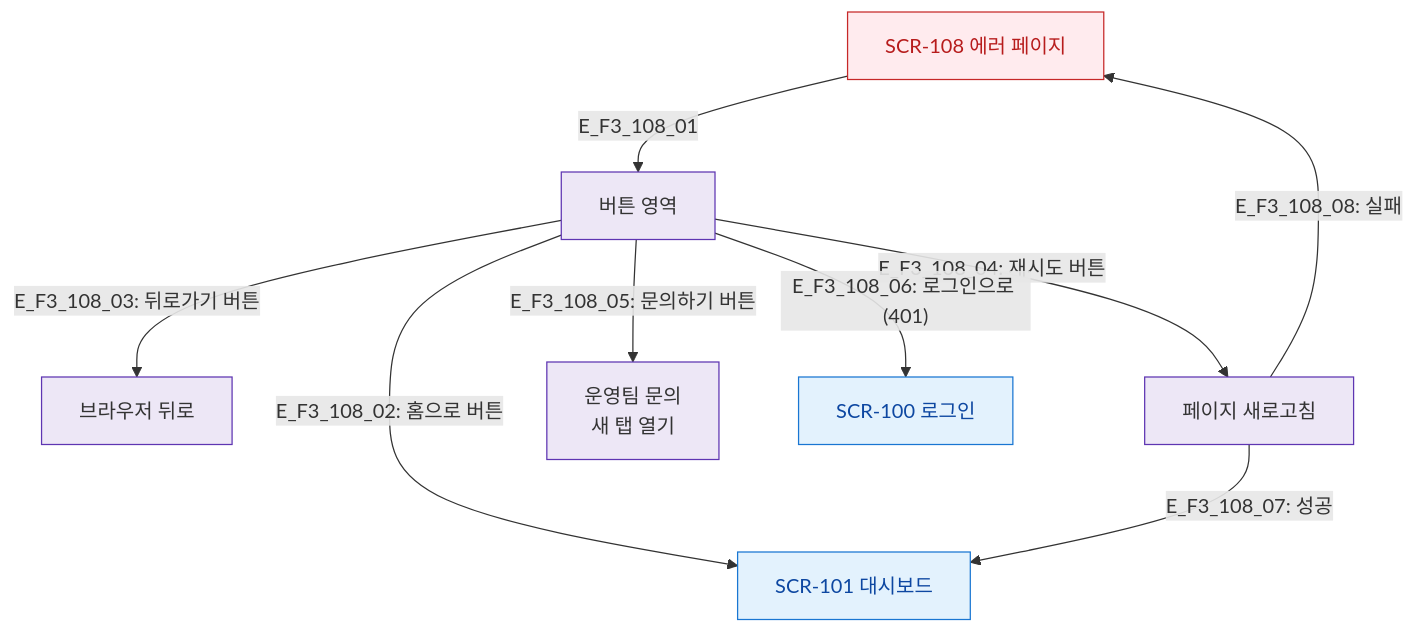
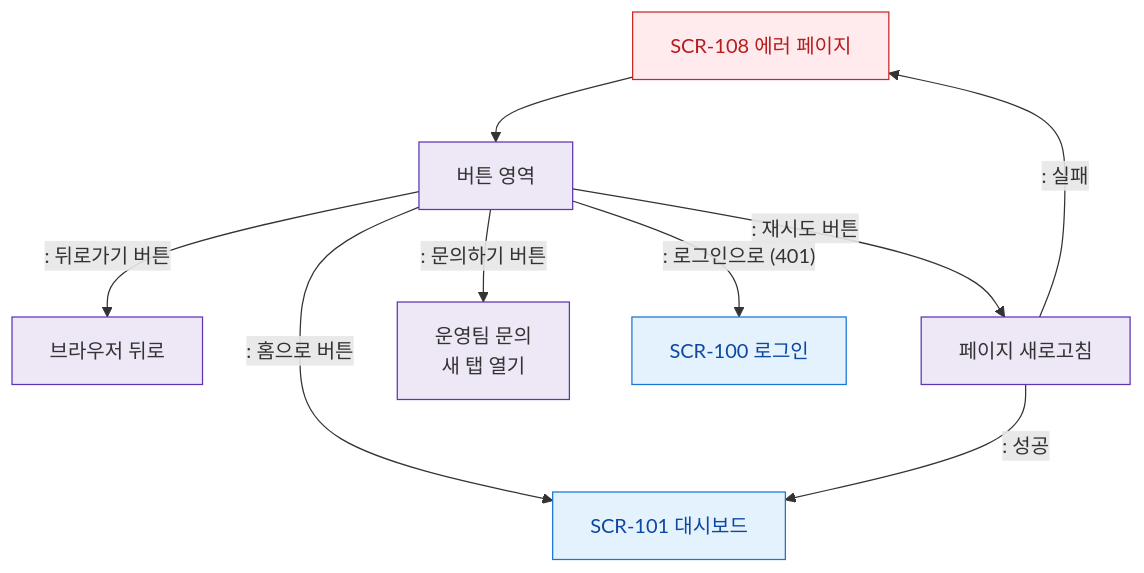
The diagram in docs/다이어그램/D01_공통/SCR-108_에러페이지/F3_버튼액션.md (dev-spogym/admin-pando), drawn with Mermaid before and after one commit. The commit also changed other lines of this file and 1660 other files, not shown here.

First line of the commit message:
다이어그램: 기획자/클라이언트 납품본으로 정리

````diff
--- a/docs/다이어그램/D01_공통/SCR-108_에러페이지/F3_버튼액션.md
+++ b/docs/다이어그램/D01_공통/SCR-108_에러페이지/F3_버튼액션.md
@@ -19,20 +17,20 @@
 ```mermaid
 flowchart TD
-    SCR_108[SCR-108 에러 페이지] -->|E_F3_108_01| BUTTONS[버튼 영역]
+    SCR_108[SCR-108 에러 페이지] --> BUTTONS[버튼 영역]
 
-    BUTTONS -->|"E_F3_108_02: 홈으로 버튼"| NAV_HOME[SCR-101 대시보드]
-    BUTTONS -->|"E_F3_108_03: 뒤로가기 버튼"| NAV_BACK[브라우저 뒤로]
-    BUTTONS -->|"E_F3_108_04: 재시도 버튼"| RETRY[페이지 새로고침]
-    BUTTONS -->|"E_F3_108_05: 문의하기 버튼"| SUPPORT[운영팀 문의\n새 탭 열기]
-    BUTTONS -->|"E_F3_108_06: 로그인으로 (401)"| SCR_100[SCR-100 로그인]
+    BUTTONS -->|": 홈으로 버튼"|NAV_HOME[SCR-101 대시보드]
+    BUTTONS -->|": 뒤로가기 버튼"|NAV_BACK[브라우저 뒤로]
+    BUTTONS -->|": 재시도 버튼"|RETRY[페이지 새로고침]
+    BUTTONS -->|": 문의하기 버튼"|SUPPORT[운영팀 문의\n새 탭 열기]
+    BUTTONS -->|": 로그인으로 (401)"|SCR_100[SCR-100 로그인]
 
-    RETRY -->|"E_F3_108_07: 성공"| NAV_HOME
-    RETRY -->|"E_F3_108_08: 실패"| SCR_108
+    RETRY -->|": 성공"|NAV_HOME
+    RETRY -->|": 실패"|SCR_108
 
-    classDef screen  fill:#E3F2FD,stroke:#1976D2,color:#0D47A1
-    classDef system  fill:#EDE7F6,stroke:#5E35B2
-    classDef error   fill:#FFEBEE,stroke:#C62828,color:#B71C1C
+    classDef screen fill:#E3F2FD,stroke:#1976D2,color:#0D47A1
+    classDef system fill:#EDE7F6,stroke:#5E35B2
+    classDef error fill:#FFEBEE,stroke:#C62828,color:#B71C1C
     class SCR_108 error
     class NAV_HOME,SCR_100 screen
     class BUTTONS,RETRY,NAV_BACK,SUPPORT system
 ```
````
